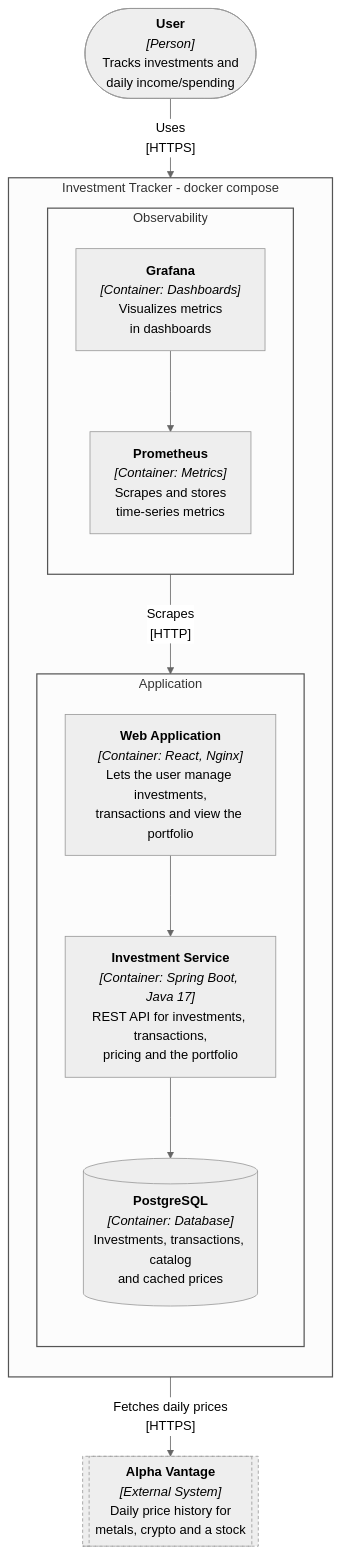
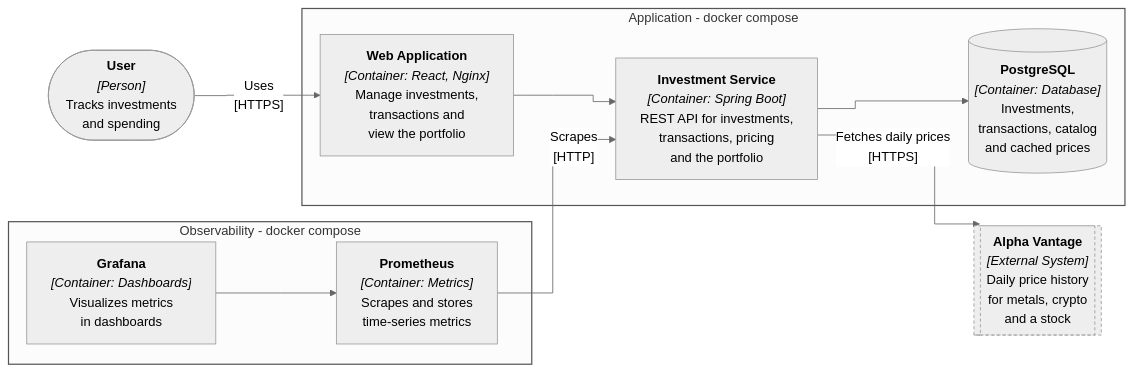
One commit to ahmet-cskn/investment-tracker changed the first of 2 diagrams in README.md. Above: the diagram before and after it, drawn with Mermaid.

Commit message:
restructured the container diagram

````diff
--- a/README.md
+++ b/README.md
@@ -38,36 +38,25 @@
 ```mermaid
-%%{init: {'theme': 'neutral', 'themeVariables': {'clusterBorder': '#666666'}, 'flowchart': {'curve': 'stepAfter'}}}%%
-flowchart TB
-    user(["<b>User</b><br/><i>[Person]</i><br/>Tracks investments and<br/>daily income/spending"])
-
-    subgraph system["Investment Tracker - docker compose"]
-        direction TB
-        subgraph app["Application"]
-            direction TB
-            frontend["<b>Web Application</b><br/><i>[Container: React, Nginx]</i><br/>Lets the user manage investments,<br/>transactions and view the portfolio"]
-            backend["<b>Investment Service</b><br/><i>[Container: Spring Boot, Java 17]</i><br/>REST API for investments, transactions,<br/>pricing and the portfolio"]
-            db[("<b>PostgreSQL</b><br/><i>[Container: Database]</i><br/>Investments, transactions, catalog<br/>and cached prices")]
-            frontend --> backend
-            backend --> db
-        end
-        subgraph observability["Observability"]
-            direction TB
-            prometheus["<b>Prometheus</b><br/><i>[Container: Metrics]</i><br/>Scrapes and stores<br/>time-series metrics"]
-            grafana["<b>Grafana</b><br/><i>[Container: Dashboards]</i><br/>Visualizes metrics<br/>in dashboards"]
-            grafana --> prometheus
-        end
+%%{init: {'theme': 'neutral', 'themeVariables': {'clusterBorder': '#666666'}, 'flowchart': {'curve': 'step', 'nodeSpacing': 30, 'rankSpacing': 45}}}%%
+flowchart LR
+    user(["<b>User</b><br/><i>[Person]</i><br/>Tracks investments<br/>and spending"])
+    avapi[["<b>Alpha Vantage</b><br/><i>[External System]</i><br/>Daily price history<br/>for metals, crypto<br/>and a stock"]]
+    subgraph app["Application - docker compose"]
+        frontend["<b>Web Application</b><br/><i>[Container: React, Nginx]</i><br/>Manage investments,<br/>transactions and<br/>view the portfolio"]
+        backend["<b>Investment Service</b><br/><i>[Container: Spring Boot]</i><br/>REST API for investments,<br/>transactions, pricing<br/>and the portfolio"]
+        db[("<b>PostgreSQL</b><br/><i>[Container: Database]</i><br/>Investments,<br/>transactions, catalog<br/>and cached prices")]
     end
-
-    avapi[["<b>Alpha Vantage</b><br/><i>[External System]</i><br/>Daily price history for<br/>metals, crypto and a stock"]]
-
+    subgraph observability["Observability - docker compose"]
+        prometheus["<b>Prometheus</b><br/><i>[Container: Metrics]</i><br/>Scrapes and stores<br/>time-series metrics"]
+        grafana["<b>Grafana</b><br/><i>[Container: Dashboards]</i><br/>Visualizes metrics<br/>in dashboards"]
+    end
+    frontend --> backend
+    backend --> db
+    grafana --> prometheus
     user -->|"Uses<br/>[HTTPS]"| frontend
     backend -->|"Fetches daily prices<br/>[HTTPS]"| avapi
     prometheus -->|"Scrapes<br/>[HTTP]"| backend
-
-    style system stroke:#555555,stroke-width:1.5px
     style app stroke:#555555,stroke-width:1.5px
     style observability stroke:#555555,stroke-width:1.5px
-
     classDef external stroke-dasharray: 4 3
     class avapi external
 ```
````
